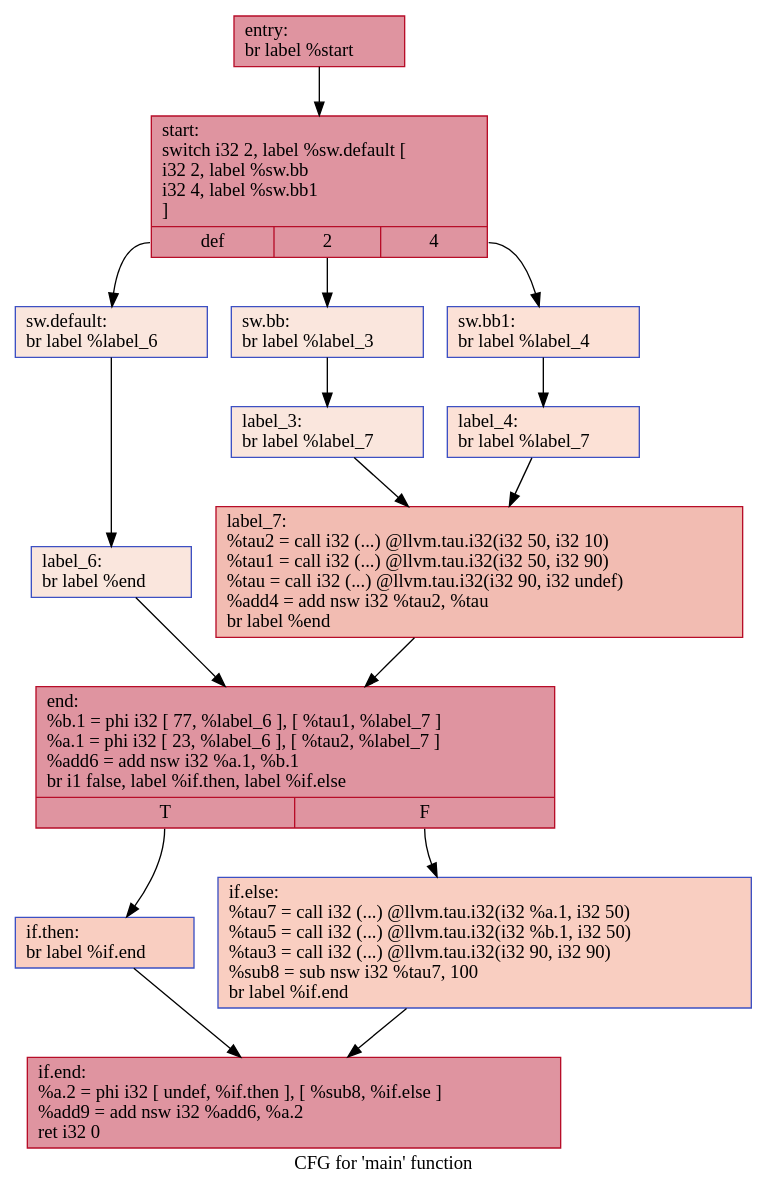
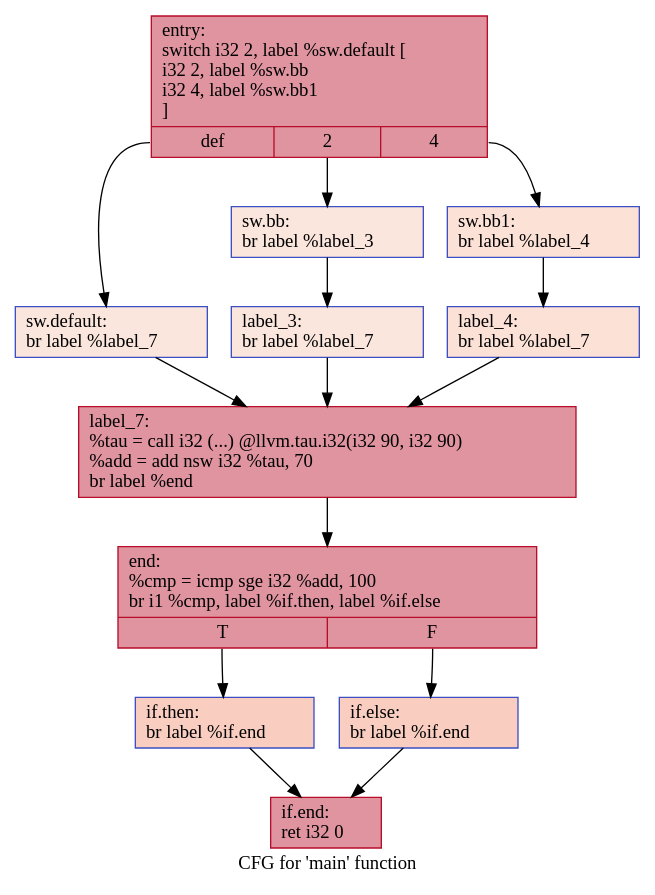
The diagram in IR/cfg/specSCCP_HPSSA.dot (HPSSA-LLVM/HPSSA-LLVM), drawn with Graphviz before and after one commit. The commit also changed 37 other files, not shown here.

```diff
--- a/IR/cfg/specSCCP_HPSSA.dot
+++ b/IR/cfg/specSCCP_HPSSA.dot
@@ -1,32 +1,28 @@
 digraph "CFG for 'main' function" {
 	label="CFG for 'main' function";
 
-	Node0x56207a753a70 [shape=record,color="#b70d28ff", style=filled, fillcolor="#b70d2870",label="{entry:\l  br label %start\l}"];
-	Node0x56207a753a70 -> Node0x56207a753ba0;
-	Node0x56207a753ba0 [shape=record,color="#b70d28ff", style=filled, fillcolor="#b70d2870",label="{start:                                            \l  switch i32 2, label %sw.default [\l    i32 2, label %sw.bb\l    i32 4, label %sw.bb1\l  ]\l|{<s0>def|<s1>2|<s2>4}}"];
-	Node0x56207a753ba0:s0 -> Node0x56207a753c80;
-	Node0x56207a753ba0:s1 -> Node0x56207a753d00;
-	Node0x56207a753ba0:s2 -> Node0x56207a753da0;
-	Node0x56207a753d00 [shape=record,color="#3d50c3ff", style=filled, fillcolor="#f3c7b170",label="{sw.bb:                                            \l  br label %label_3\l}"];
-	Node0x56207a753d00 -> Node0x56207a753f30;
-	Node0x56207a753da0 [shape=record,color="#3d50c3ff", style=filled, fillcolor="#f7bca170",label="{sw.bb1:                                           \l  br label %label_4\l}"];
-	Node0x56207a753da0 -> Node0x56207a754010;
-	Node0x56207a753c80 [shape=record,color="#3d50c3ff", style=filled, fillcolor="#f3c7b170",label="{sw.default:                                       \l  br label %label_6\l}"];
-	Node0x56207a753c80 -> Node0x56207a7540f0;
-	Node0x56207a753f30 [shape=record,color="#3d50c3ff", style=filled, fillcolor="#f3c7b170",label="{label_3:                                          \l  br label %label_7\l}"];
-	Node0x56207a753f30 -> Node0x56207a7541d0;
-	Node0x56207a754010 [shape=record,color="#3d50c3ff", style=filled, fillcolor="#f7bca170",label="{label_4:                                          \l  br label %label_7\l}"];
-	Node0x56207a754010 -> Node0x56207a7541d0;
-	Node0x56207a7541d0 [shape=record,color="#b70d28ff", style=filled, fillcolor="#e1675170",label="{label_7:                                          \l  %tau2 = call i32 (...) @llvm.tau.i32(i32 50, i32 10)\l  %tau1 = call i32 (...) @llvm.tau.i32(i32 50, i32 90)\l  %tau = call i32 (...) @llvm.tau.i32(i32 90, i32 undef)\l  %add4 = add nsw i32 %tau2, %tau\l  br label %end\l}"];
-	Node0x56207a7541d0 -> Node0x56207a754e80;
-	Node0x56207a7540f0 [shape=record,color="#3d50c3ff", style=filled, fillcolor="#f3c7b170",label="{label_6:                                          \l  br label %end\l}"];
-	Node0x56207a7540f0 -> Node0x56207a754e80;
-	Node0x56207a754e80 [shape=record,color="#b70d28ff", style=filled, fillcolor="#b70d2870",label="{end:                                              \l  %b.1 = phi i32 [ 77, %label_6 ], [ %tau1, %label_7 ]\l  %a.1 = phi i32 [ 23, %label_6 ], [ %tau2, %label_7 ]\l  %add6 = add nsw i32 %a.1, %b.1\l  br i1 false, label %if.then, label %if.else\l|{<s0>T|<s1>F}}"];
-	Node0x56207a754e80:s0 -> Node0x56207a7551f0;
-	Node0x56207a754e80:s1 -> Node0x56207a7552c0;
-	Node0x56207a7551f0 [shape=record,color="#3d50c3ff", style=filled, fillcolor="#f2907270",label="{if.then:                                          \l  br label %if.end\l}"];
-	Node0x56207a7551f0 -> Node0x56207a755440;
-	Node0x56207a7552c0 [shape=record,color="#3d50c3ff", style=filled, fillcolor="#f2907270",label="{if.else:                                          \l  %tau7 = call i32 (...) @llvm.tau.i32(i32 %a.1, i32 50)\l  %tau5 = call i32 (...) @llvm.tau.i32(i32 %b.1, i32 50)\l  %tau3 = call i32 (...) @llvm.tau.i32(i32 90, i32 90)\l  %sub8 = sub nsw i32 %tau7, 100\l  br label %if.end\l}"];
-	Node0x56207a7552c0 -> Node0x56207a755440;
-	Node0x56207a755440 [shape=record,color="#b70d28ff", style=filled, fillcolor="#b70d2870",label="{if.end:                                           \l  %a.2 = phi i32 [ undef, %if.then ], [ %sub8, %if.else ]\l  %add9 = add nsw i32 %add6, %a.2\l  ret i32 0\l}"];
+	Node0x559c40deb7b0 [shape=record,color="#b70d28ff", style=filled, fillcolor="#b70d2870",label="{entry:\l  switch i32 2, label %sw.default [\l    i32 2, label %sw.bb\l    i32 4, label %sw.bb1\l  ]\l|{<s0>def|<s1>2|<s2>4}}"];
+	Node0x559c40deb7b0:s0 -> Node0x559c40deb8e0;
+	Node0x559c40deb7b0:s1 -> Node0x559c40deb960;
+	Node0x559c40deb7b0:s2 -> Node0x559c40deba00;
+	Node0x559c40deb960 [shape=record,color="#3d50c3ff", style=filled, fillcolor="#f3c7b170",label="{sw.bb:                                            \l  br label %label_3\l}"];
+	Node0x559c40deb960 -> Node0x559c40debb90;
+	Node0x559c40deba00 [shape=record,color="#3d50c3ff", style=filled, fillcolor="#f7bca170",label="{sw.bb1:                                           \l  br label %label_4\l}"];
+	Node0x559c40deba00 -> Node0x559c40debc70;
+	Node0x559c40deb8e0 [shape=record,color="#3d50c3ff", style=filled, fillcolor="#f3c7b170",label="{sw.default:                                       \l  br label %label_7\l}"];
+	Node0x559c40deb8e0 -> Node0x559c40debd50;
+	Node0x559c40debb90 [shape=record,color="#3d50c3ff", style=filled, fillcolor="#f3c7b170",label="{label_3:                                          \l  br label %label_7\l}"];
+	Node0x559c40debb90 -> Node0x559c40debd50;
+	Node0x559c40debc70 [shape=record,color="#3d50c3ff", style=filled, fillcolor="#f7bca170",label="{label_4:                                          \l  br label %label_7\l}"];
+	Node0x559c40debc70 -> Node0x559c40debd50;
+	Node0x559c40debd50 [shape=record,color="#b70d28ff", style=filled, fillcolor="#b70d2870",label="{label_7:                                          \l  %tau = call i32 (...) @llvm.tau.i32(i32 90, i32 90)\l  %add = add nsw i32 %tau, 70\l  br label %end\l}"];
+	Node0x559c40debd50 -> Node0x559c40dec210;
+	Node0x559c40dec210 [shape=record,color="#b70d28ff", style=filled, fillcolor="#b70d2870",label="{end:                                              \l  %cmp = icmp sge i32 %add, 100\l  br i1 %cmp, label %if.then, label %if.else\l|{<s0>T|<s1>F}}"];
+	Node0x559c40dec210:s0 -> Node0x559c40dec3d0;
+	Node0x559c40dec210:s1 -> Node0x559c40dec440;
+	Node0x559c40dec3d0 [shape=record,color="#3d50c3ff", style=filled, fillcolor="#f2907270",label="{if.then:                                          \l  br label %if.end\l}"];
+	Node0x559c40dec3d0 -> Node0x559c40dec700;
+	Node0x559c40dec440 [shape=record,color="#3d50c3ff", style=filled, fillcolor="#f2907270",label="{if.else:                                          \l  br label %if.end\l}"];
+	Node0x559c40dec440 -> Node0x559c40dec700;
+	Node0x559c40dec700 [shape=record,color="#b70d28ff", style=filled, fillcolor="#b70d2870",label="{if.end:                                           \l  ret i32 0\l}"];
 }
```
